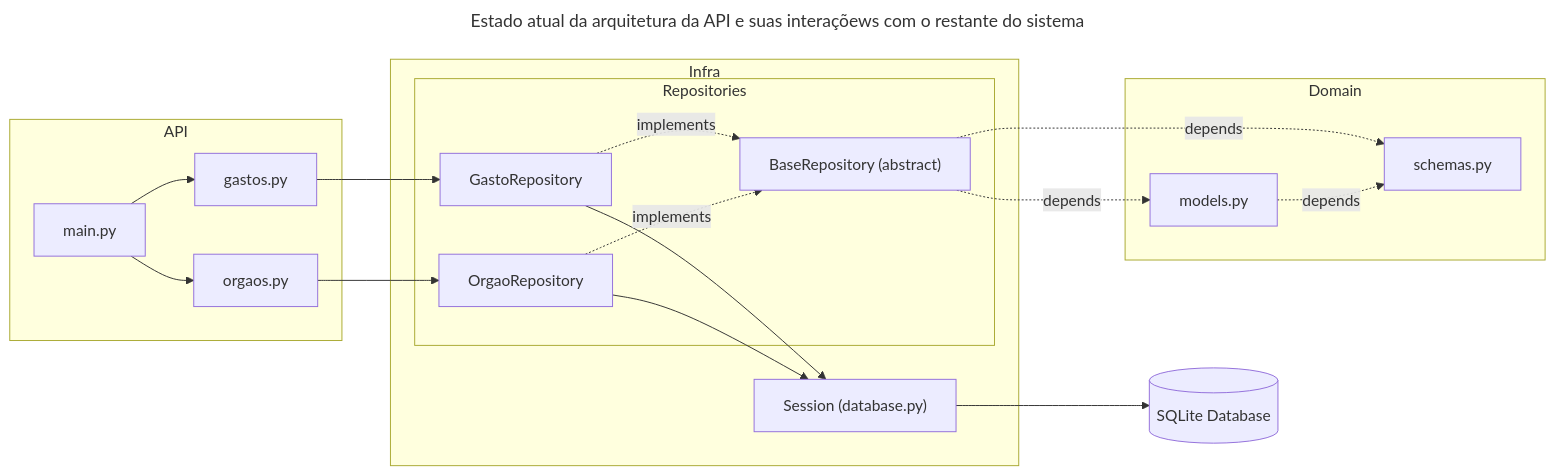
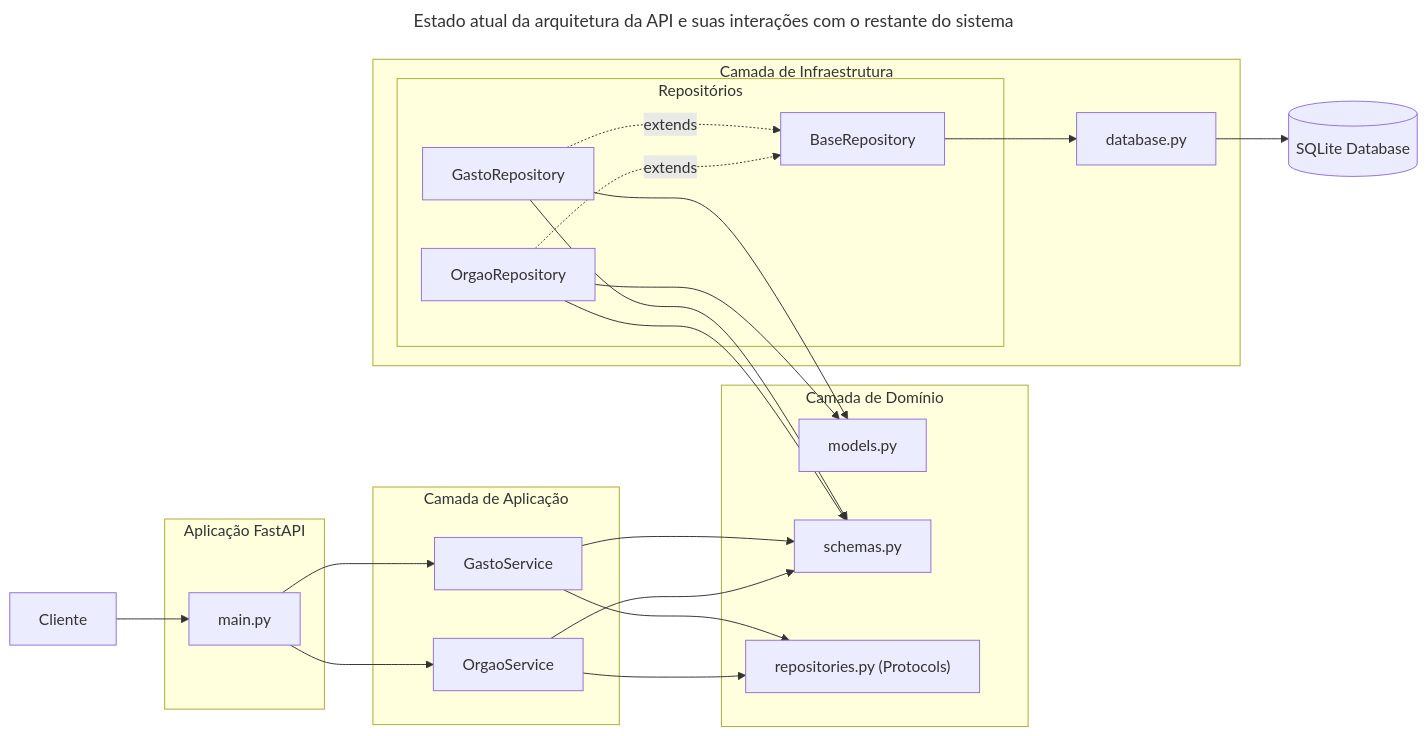
The second of 2 diagrams in challenge-01-acessibilidade/README_CANDIDATO.md (edufcarvalho/hat-hiring-challenge), drawn with Mermaid before and after one commit. The commit also changed other lines of this file, not shown here.

Commit message:
challenge(docs): improve Decisão de Arquitetura

````diff
--- a/challenge-01-acessibilidade/README_CANDIDATO.md
+++ b/challenge-01-acessibilidade/README_CANDIDATO.md
@@ -187,43 +193,55 @@
 ```mermaid
 ---
-title: Estado atual da arquitetura da API e suas interaçõews com o restante do sistema
+title: Estado atual da arquitetura da API e suas interações com o restante do sistema
 ---
 flowchart LR
-    subgraph API
-        M["main.py"]
-        A["gastos.py"]
-        B["orgaos.py"]
+    A["Cliente"]
+
+    subgraph App["Aplicação FastAPI"]
+        B["main.py"]
     end
 
-    subgraph Domain
-      G["models.py"]
-      Z["schemas.py"]
+    subgraph Application["Camada de Aplicação"]
+      D["GastoService"]
+        E["OrgaoService"]
     end
 
-    subgraph Infra
-      subgraph Repositories
-        D["BaseRepository (abstract)"]
-        E["GastoRepository"]
-        F["OrgaoRepository"]
+    subgraph Domain["Camada de Domínio"]
+      F["models.py"]
+      G["schemas.py"]
+      H["repositories.py (Protocols)"]
+    end
+
+    subgraph Infra["Camada de Infraestrutura"]
+      subgraph Repositories["Repositórios"]
+        K["BaseRepository"]
+        L["GastoRepository"]
+        M["OrgaoRepository"]
       end
 
-      J["Session (database.py)"]
+      N["database.py"]
     end
-    DB[("SQLite Database")]
 
-    A --> E
-    B --> F
+    O[("SQLite Database")]
 
-    E -.->|implements| D
-    F -.->|implements| D
+    A --> B
 
-    E --> J
-    F --> J
+    B --> D
+    B --> E
 
-    M -->A
-    M -->B
-    J -->DB
-    D -.->|depends| G
-    D -.->|depends| Z
-    G -.->|depends| Z
+    D --> H
+    D --> G
+    E --> H
+    E --> G
+
+    L -.->|extends| K
+    M -.->|extends| K
+
+    K --> N
+    L --> F
+    L --> G
+    M --> F
+    M --> G
+
+    N --> O
 ```
````
